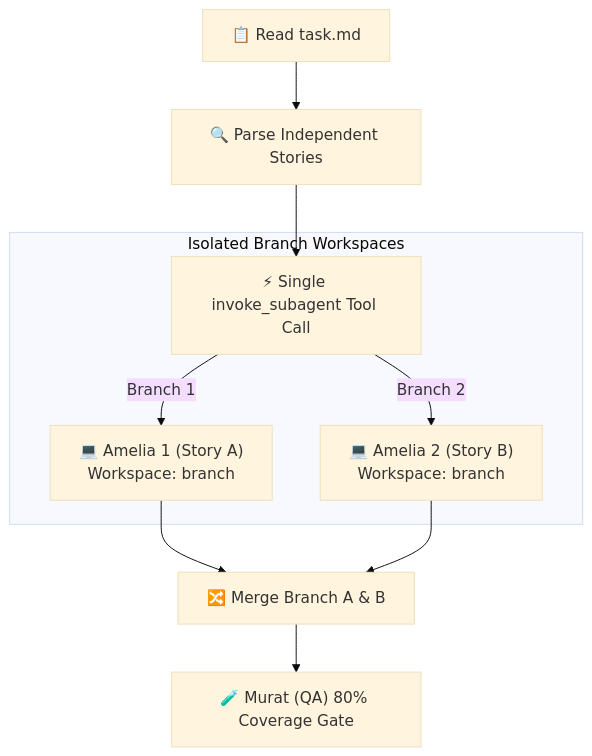
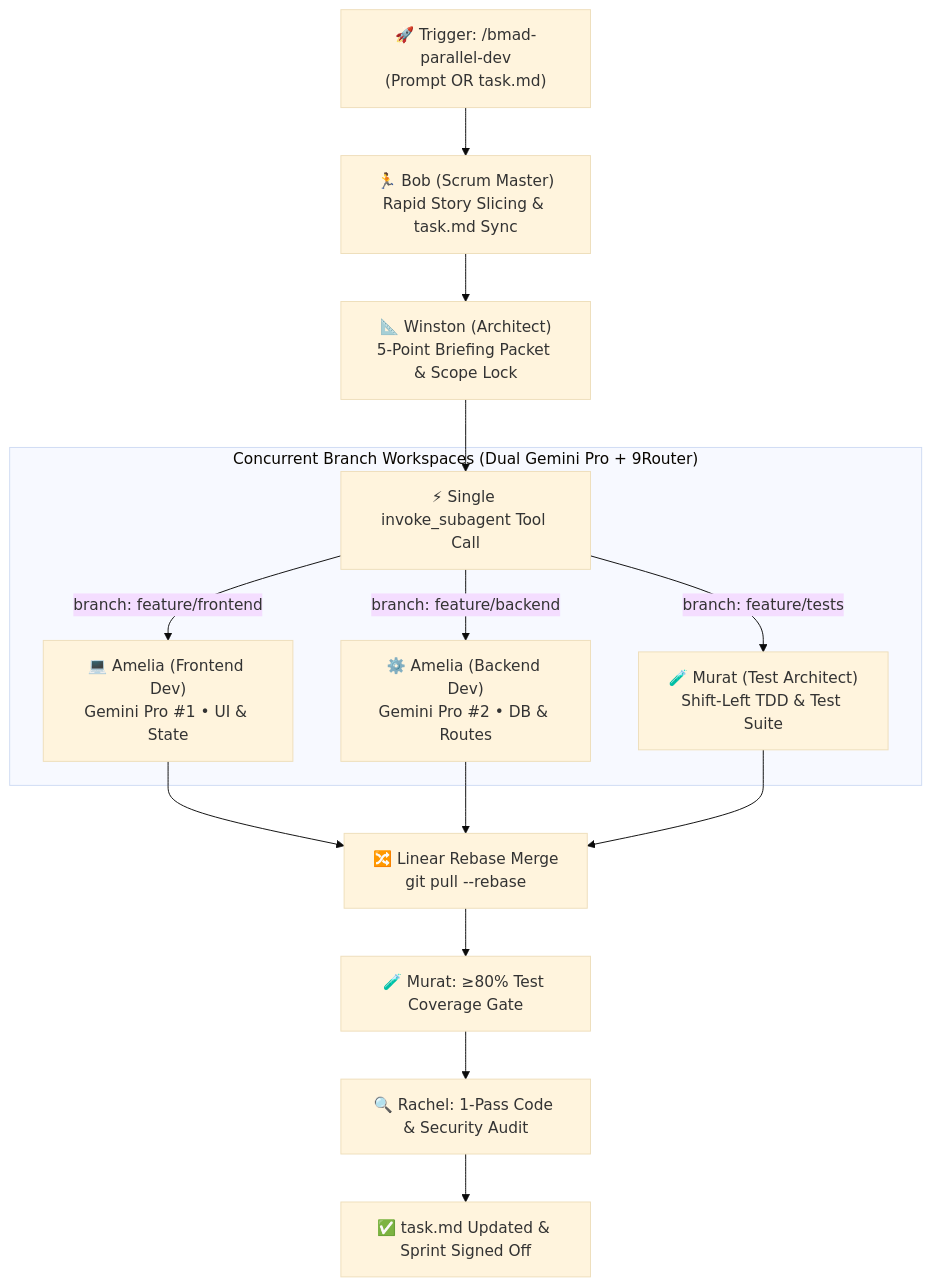
Before and after one commit to wayangalihpratama/my-antigravity-pilot: the diagram in bmad-team/workflows/bmad-parallel-dev.md, drawn with Mermaid (base theme). The commit also changed other lines of this file and 10 other files, not shown here.

Commit message:
feat(bmad): upgrade parallel development, anti-slop UX, and dual gemini pro fallback

````diff
--- a/bmad-team/workflows/bmad-parallel-dev.md
+++ b/bmad-team/workflows/bmad-parallel-dev.md
@@ -14,14 +14,20 @@
 ```mermaid
 flowchart TD
-    Start["📋 Read task.md"] --> Parse["🔍 Parse Independent Stories"]
-    Parse --> Launch["⚡ Single invoke_subagent Tool Call"]
+    Trigger["🚀 Trigger: /bmad-parallel-dev<br/>(Prompt OR task.md)"] --> Bob["🏃 Bob (Scrum Master)<br/>Rapid Story Slicing & task.md Sync"]
+    Bob --> Winston["📐 Winston (Architect)<br/>5-Point Briefing Packet & Scope Lock"]
+    Winston --> Launch["⚡ Single invoke_subagent Tool Call"]
 
-    subgraph Parallel_Branches ["Isolated Branch Workspaces"]
-        Launch -->|Branch 1| DevA["💻 Amelia 1 (Story A)<br/>Workspace: branch"]
-        Launch -->|Branch 2| DevB["💻 Amelia 2 (Story B)<br/>Workspace: branch"]
+    subgraph Parallel_Branches ["Concurrent Branch Workspaces (Dual Gemini Pro + 9Router)"]
+        Launch -->|branch: feature/frontend| AmeliaUI["💻 Amelia (Frontend Dev)<br/>Gemini Pro #1 • UI & State"]
+        Launch -->|branch: feature/backend| AmeliaAPI["⚙️ Amelia (Backend Dev)<br/>Gemini Pro #2 • DB & Routes"]
+        Launch -->|branch: feature/tests| MuratQA["🧪 Murat (Test Architect)<br/>Shift-Left TDD & Test Suite"]
     end
 
-    DevA --> Merge["🔀 Merge Branch A & B"]
-    DevB --> Merge
-    Merge --> QA["🧪 Murat (QA) 80% Coverage Gate"]
+    AmeliaUI --> Rebase["🔀 Linear Rebase Merge<br/>git pull --rebase"]
+    AmeliaAPI --> Rebase
+    MuratQA --> Rebase
+
+    Rebase --> Gate["🧪 Murat: ≥80% Test Coverage Gate"]
+    Gate --> Rachel["🔍 Rachel: 1-Pass Code & Security Audit"]
+    Rachel --> Complete["✅ task.md Updated & Sprint Signed Off"]
 ```
````
